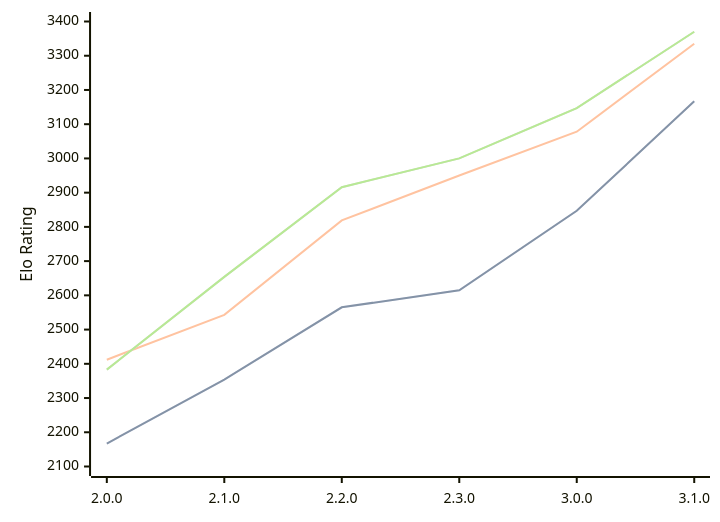
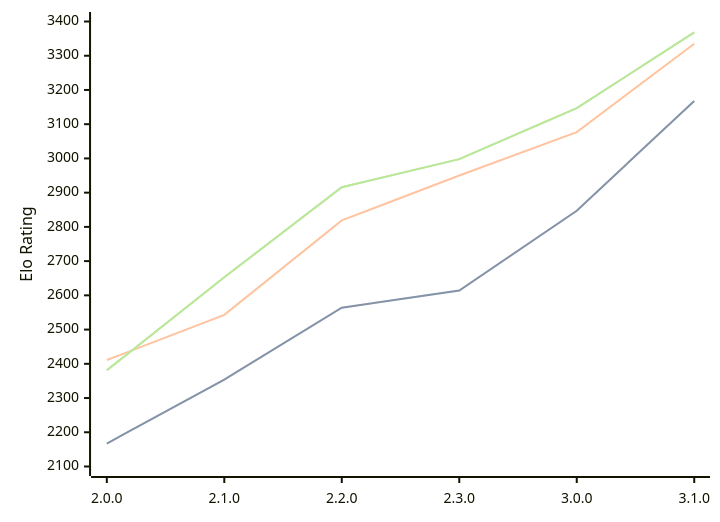
The diagram in engines/Raphael.md (computer-chess-index/cci), drawn with Mermaid before and after one commit. The commit also changed other lines of this file, not shown here.

Commit message:
Update CCI Ratings (ELO VLTC) - 2026-03-09

````diff
--- a/engines/Raphael.md
+++ b/engines/Raphael.md
@@ -46,11 +46,11 @@
 ```mermaid
 %%{init: {"theme":"base","themeVariables":{"seriesColors:['#a3a3a3','#222221','#faa371']}}}%%
 xychart-beta
   x-axis ["2.0.0", "2.1.0", "2.2.0", "2.3.0", "3.0.0", "3.1.0"]
   y-axis "Elo Rating" 2100 --> 3400
-  line "STC (8.0+0.08s)" [2167, 2354, 2565, 2615, 2847, 3167]
-  line "STC (8.0+0.08s)" [2167, 2354, 2565, 2615, 2847, 3167]
-  line "LTC (60.0+0.60s)" [2412, 2543, 2819, 2950, 3078, 3335]
-  line "VLTC (2m24s+1.12s)" [2383, 2654, 2916, 3000, 3147, 3370]
-  line "VLTC (2m24s+1.12s)" [2383, 2654, 2916, 3000, 3147, 3370]
+  line "STC (8.0+0.08s)" [2167, 2354, 2564, 2614, 2847, 3168]
+  line "STC (8.0+0.08s)" [2167, 2354, 2564, 2614, 2847, 3168]
+  line "LTC (60.0+0.60s)" [2411, 2543, 2819, 2950, 3077, 3335]
+  line "VLTC (2m24s+1.12s)" [2381, 2653, 2916, 2998, 3147, 3368]
+  line "VLTC (2m24s+1.12s)" [2381, 2653, 2916, 2998, 3147, 3368]
 ```
````
